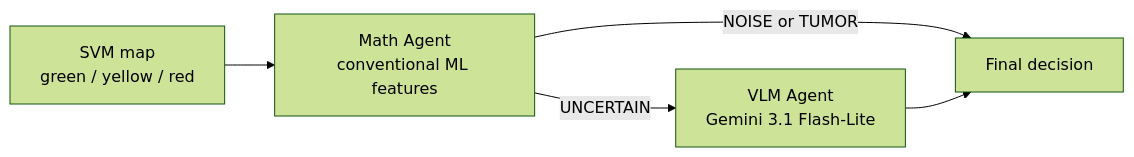
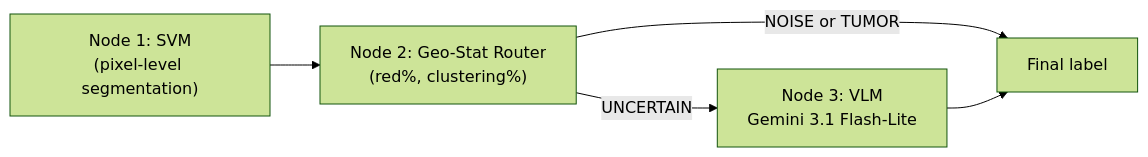
One commit to dmkhlnk/Agents_DAG changed the diagram in README.md. Above: the diagram before and after it, drawn with Mermaid (forest theme). The commit also changed other lines of this file, not shown here.

Commit message:
Align README with the AIST 2026 paper: three-node DAG, citation, funding.

````diff
--- a/README.md
+++ b/README.md
@@ -21,7 +28,7 @@
 ```mermaid
 flowchart LR
-    A[SVM map<br/>green / yellow / red] --> B[Math Agent<br/>conventional ML features]
-    B -->|NOISE or TUMOR| C[Final decision]
-    B -->|UNCERTAIN| D[VLM Agent<br/>Gemini 3.1 Flash-Lite]
+    A["Node 1: SVM<br/>(pixel-level segmentation)"] --> B["Node 2: Geo-Stat Router<br/>(red%, clustering%)"]
+    B -->|NOISE or TUMOR| C[Final label]
+    B -->|UNCERTAIN| D["Node 3: VLM<br/>Gemini 3.1 Flash-Lite"]
     D --> C
 ```
````
